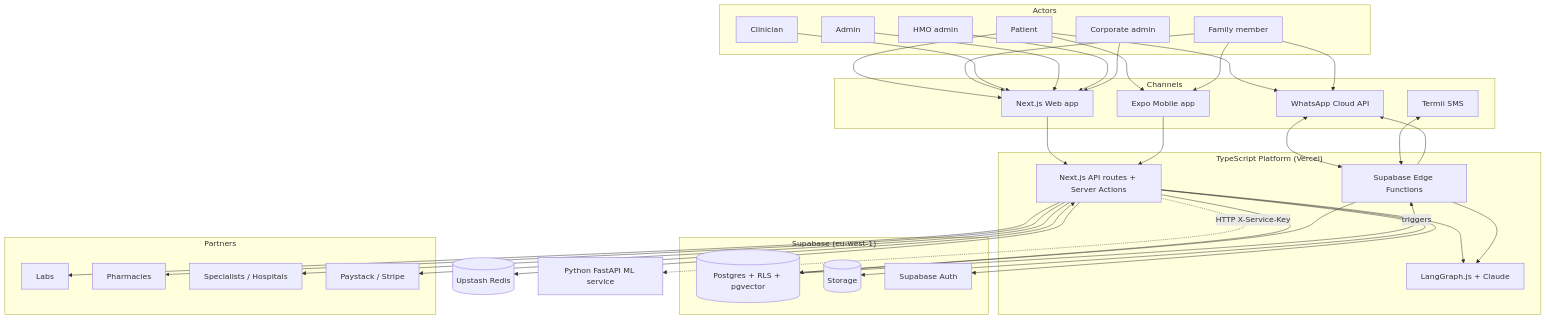
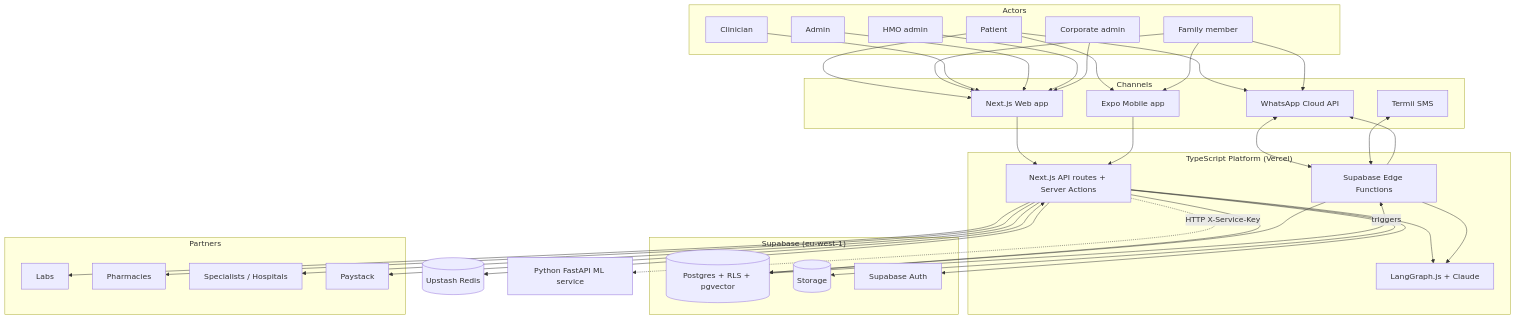
The first of 6 diagrams in docs/ARCHITECTURE.md (Kolalonge-creator/Tarragon-Health), drawn with Mermaid before and after one commit. The commit also changed other lines of this file and 21 other files, not shown here.

````diff
--- a/docs/ARCHITECTURE.md
+++ b/docs/ARCHITECTURE.md
@@ -44,53 +44,53 @@
 ```mermaid
 graph TB
   subgraph Actors
     P[Patient]
     F[Family member]
     N[Clinician]
     A[Admin]
     HMO[HMO admin]
     CORP[Corporate admin]
   end
 
   subgraph Channels
     WA[WhatsApp Cloud API]
     SMS[Termii SMS]
     WEB[Next.js Web app]
     MOB[Expo Mobile app]
   end
 
   subgraph Platform["TypeScript Platform (Vercel)"]
     API[Next.js API routes + Server Actions]
     EDGE[Supabase Edge Functions]
     AI[LangGraph.js + Claude]
   end
 
   subgraph Data["Supabase (eu-west-1)"]
     DB[(Postgres + RLS + pgvector)]
     STORE[(Storage)]
     AUTH[Supabase Auth]
   end
 
   REDIS[(Upstash Redis)]
   ML[Python FastAPI ML service]
 
   subgraph Partners
     LAB[Labs]
     PHARM[Pharmacies]
     SPEC[Specialists / Hospitals]
-    PAY[Paystack / Stripe]
+    PAY[Paystack]
   end
 
   P & F --> WA & WEB & MOB
   N & A & HMO & CORP --> WEB
   WA <--> EDGE
   SMS <--> EDGE
   WEB & MOB --> API
   API --> DB & AUTH & STORE & REDIS
   API --> AI
   API -. HTTP X-Service-Key .-> ML
   EDGE --> DB & WA & AI
   DB -- triggers --> EDGE
   API <--> PAY
   API --> LAB & PHARM & SPEC
 ```
````
